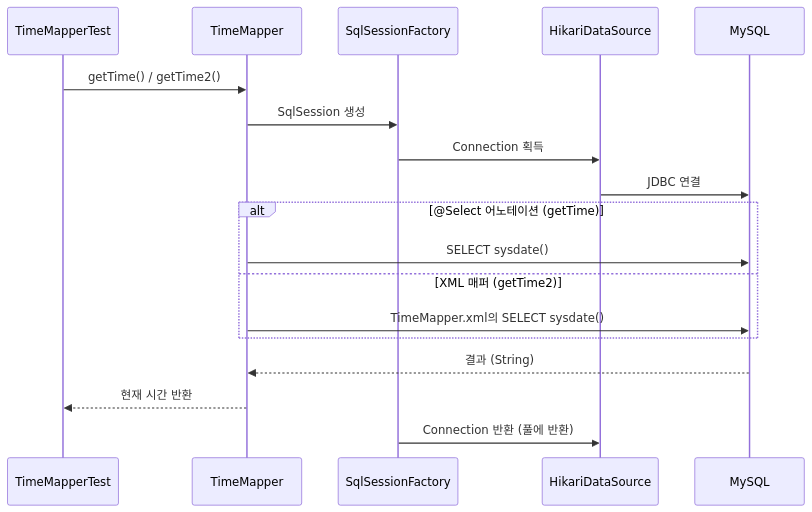
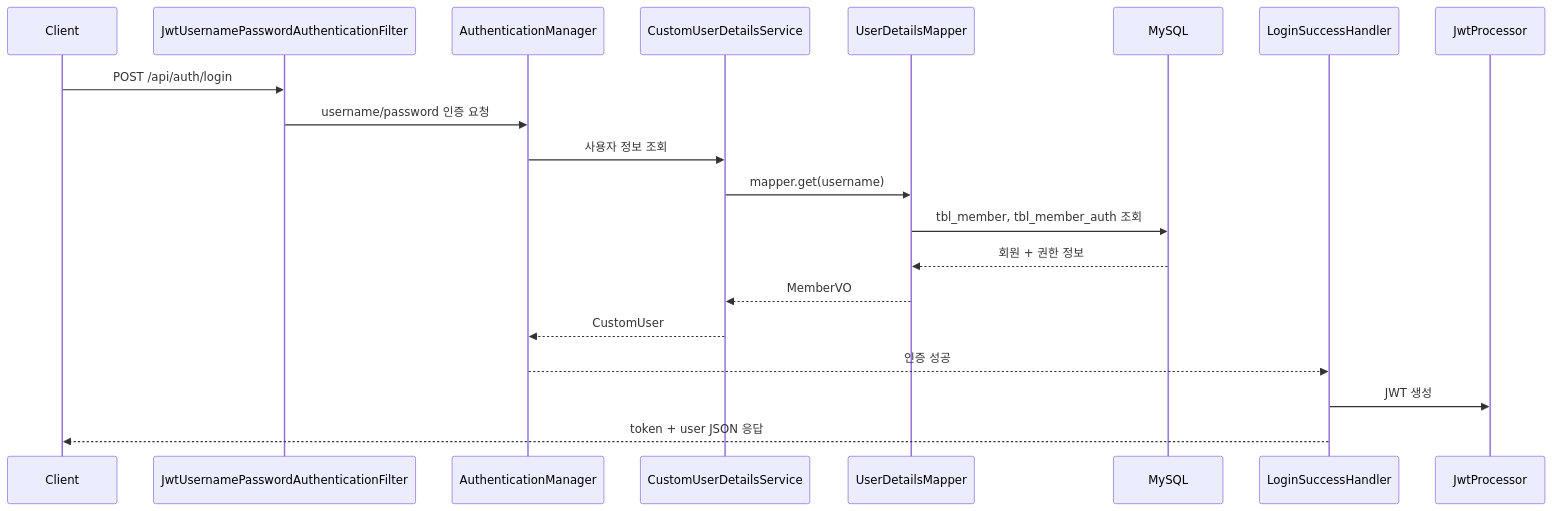
Before and after one commit to shpark47/KB-IT_is_your_life: the diagram in 00_am/back/Spring+Vue/scoula/backend/README.md, drawn with Mermaid. The commit also changed other lines of this file and 131 other files, not shown here.

````diff
--- a/00_am/back/Spring+Vue/scoula/backend/README.md
+++ b/00_am/back/Spring+Vue/scoula/backend/README.md
@@ -94,21 +90,23 @@
 ```mermaid
 sequenceDiagram
-    participant Test as TimeMapperTest
-    participant Mapper as TimeMapper
-    participant SSF as SqlSessionFactory
-    participant DS as HikariDataSource
+    participant Client
+    participant LoginFilter as JwtUsernamePasswordAuthenticationFilter
+    participant AuthManager as AuthenticationManager
+    participant UserService as CustomUserDetailsService
+    participant Mapper as UserDetailsMapper
     participant DB as MySQL
+    participant Success as LoginSuccessHandler
+    participant Jwt as JwtProcessor
 
-    Test->>Mapper: getTime() / getTime2()
-    Mapper->>SSF: SqlSession 생성
-    SSF->>DS: Connection 획득
-    DS->>DB: JDBC 연결
-    alt @Select 어노테이션 (getTime)
-        Mapper->>DB: SELECT sysdate()
-    else XML 매퍼 (getTime2)
-        Mapper->>DB: TimeMapper.xml의 SELECT sysdate()
-    end
-    DB-->>Mapper: 결과 (String)
-    Mapper-->>Test: 현재 시간 반환
-    SSF->>DS: Connection 반환 (풀에 반환)
+    Client->>LoginFilter: POST /api/auth/login
+    LoginFilter->>AuthManager: username/password 인증 요청
+    AuthManager->>UserService: 사용자 정보 조회
+    UserService->>Mapper: mapper.get(username)
+    Mapper->>DB: tbl_member, tbl_member_auth 조회
+    DB-->>Mapper: 회원 + 권한 정보
+    Mapper-->>UserService: MemberVO
+    UserService-->>AuthManager: CustomUser
+    AuthManager-->>Success: 인증 성공
+    Success->>Jwt: JWT 생성
+    Success-->>Client: token + user JSON 응답
 ```
````
